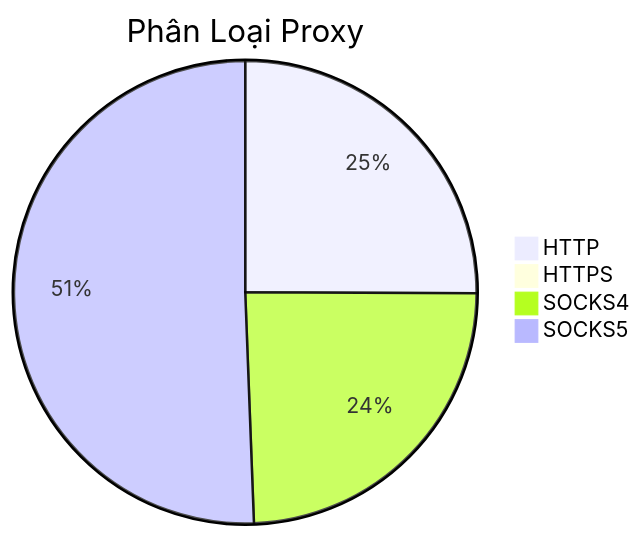
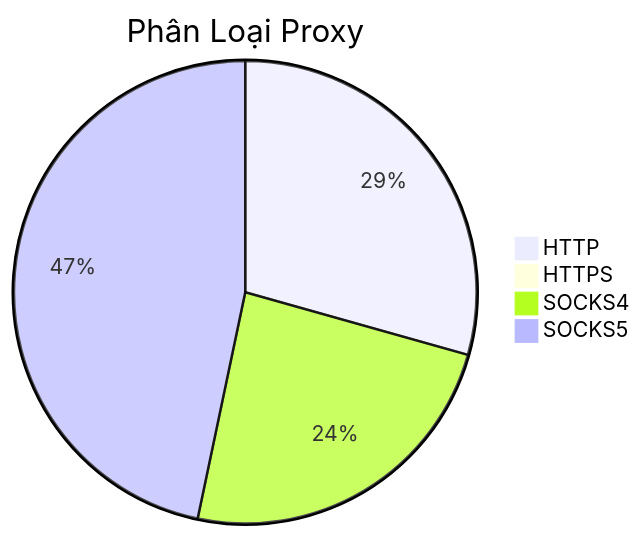
One commit to Ciara-Aa/PROXY-free changed the diagram in README.md. Above: the diagram before and after it, drawn with Mermaid. The commit also changed other lines of this file and 4 other files, not shown here.

````diff
--- a/README.md
+++ b/README.md
@@ -26,7 +26,7 @@
 ```mermaid
 pie title Phân Loại Proxy
-    "HTTP" : 167
+    "HTTP" : 227
     "HTTPS" : 1
-    "SOCKS4" : 162
-    "SOCKS5" : 337
+    "SOCKS4" : 185
+    "SOCKS5" : 361
 ```
````
